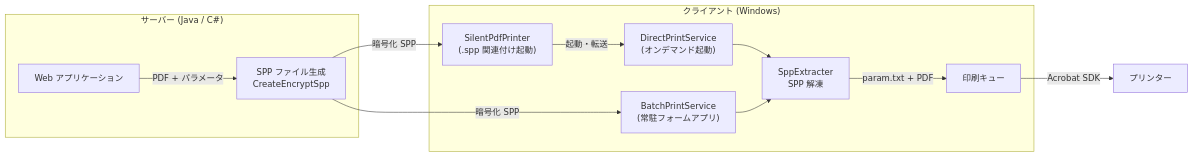
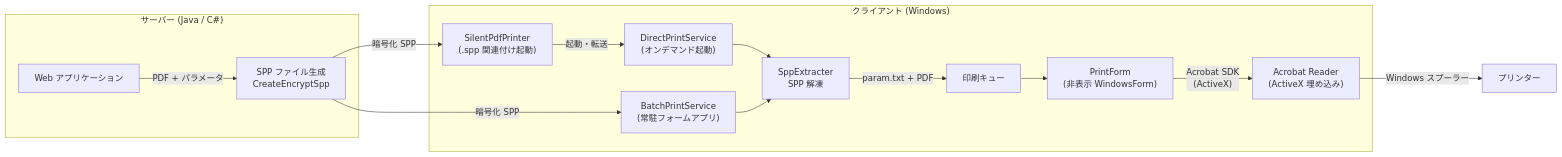
One commit to biz-Stream/bizprint changed the first of 3 diagrams in docs/architecture.md. Above: the diagram before and after it, drawn with Mermaid. The commit also changed other lines of this file and 1 other file, not shown here.

First line of the commit message:
architecture.md の PDF 印刷メカニズムを実態に合わせて修正し Acrobat Reader 前提条件を追記（#33）

````diff
--- a/docs/architecture.md
+++ b/docs/architecture.md
@@ -13,26 +17,30 @@
 ```mermaid
 flowchart LR
     subgraph Server["サーバー (Java / C#)"]
         App["Web アプリケーション"]
         SppGen["SPP ファイル生成<br/>CreateEncryptSpp"]
     end
 
     subgraph Client["クライアント (Windows)"]
         SilentPdf["SilentPdfPrinter<br/>(.spp 関連付け起動)"]
         DirectSvc["DirectPrintService<br/>(オンデマンド起動)"]
         BatchSvc["BatchPrintService<br/>(常駐フォームアプリ)"]
         SppExt["SppExtracter<br/>SPP 解凍"]
         Queue["印刷キュー"]
+        PrintForm["PrintForm<br/>(非表示 WindowsForm)"]
+        AcrobatAx["Acrobat Reader<br/>(ActiveX 埋め込み)"]
     end
 
     Printer["プリンター"]
 
     App -->|"PDF + パラメータ"| SppGen
     SppGen -->|"暗号化 SPP"| SilentPdf
     SilentPdf -->|"起動・転送"| DirectSvc
     SppGen -->|"暗号化 SPP"| BatchSvc
     DirectSvc --> SppExt
     BatchSvc --> SppExt
     SppExt -->|"param.txt + PDF"| Queue
-    Queue -->|"Acrobat SDK"| Printer
+    Queue --> PrintForm
+    PrintForm -->|"Acrobat SDK<br/>(ActiveX)"| AcrobatAx
+    AcrobatAx -->|"Windows スプーラー"| Printer
 ```
````
